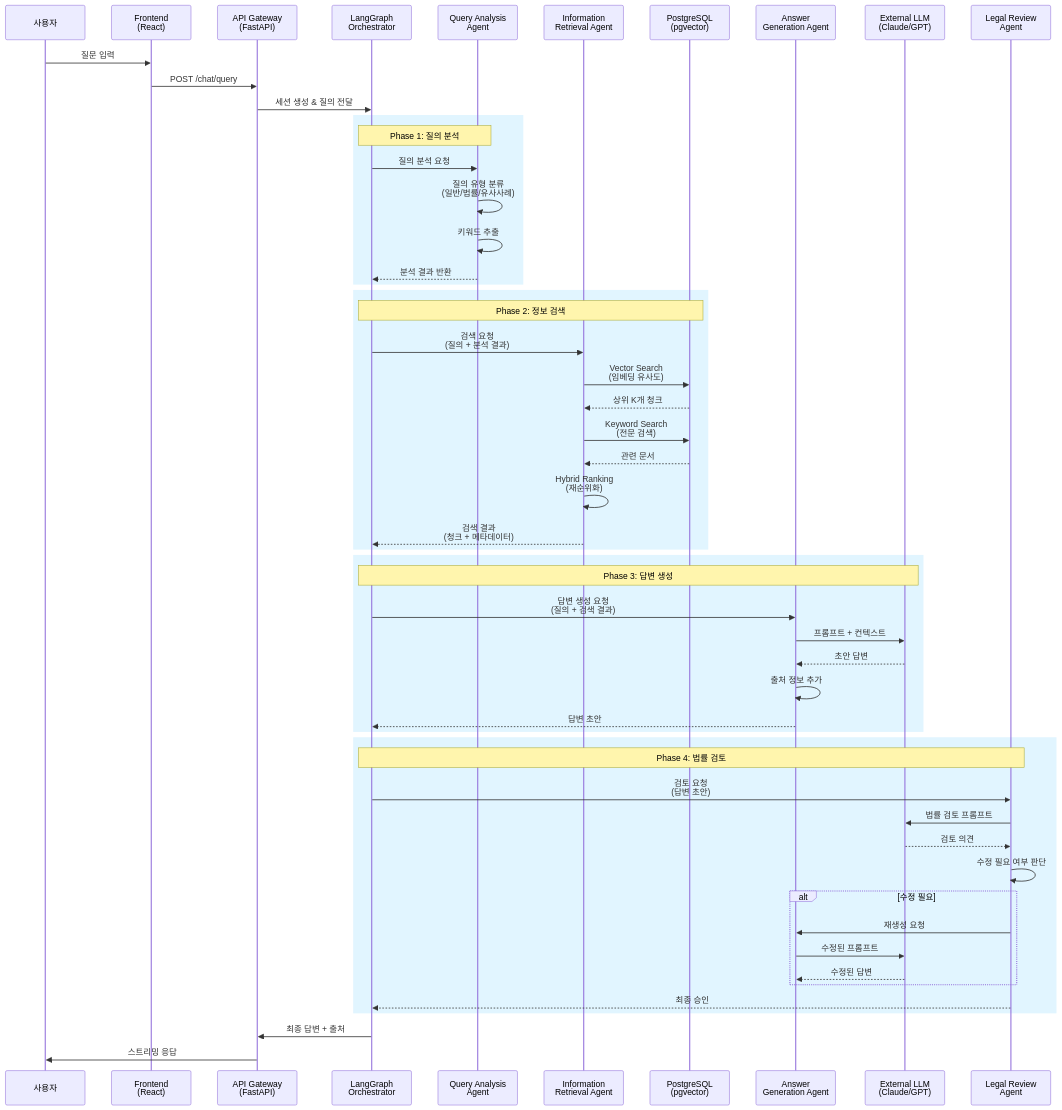
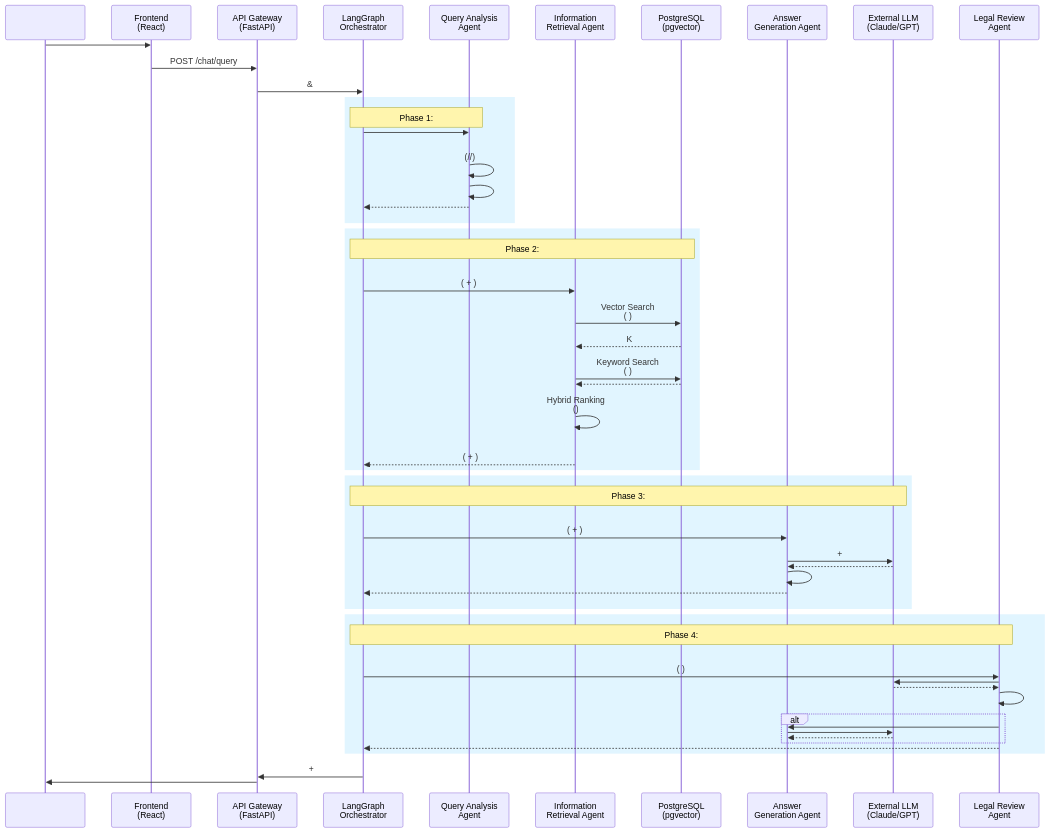
The second of 3 diagrams in README.md (SKN19-FINAL-5team/LLM), drawn with Mermaid before and after one commit. The commit also changed other lines of this file and 183 other files, not shown here.

````diff
--- a/README.md
+++ b/README.md
@@ -92,62 +92,62 @@
 ```mermaid
 sequenceDiagram
-    participant U as 사용자
+    participant U as 
     participant FE as Frontend<br/>(React)
     participant API as API Gateway<br/>(FastAPI)
     participant Orch as LangGraph<br/>Orchestrator
     participant QA as Query Analysis<br/>Agent
     participant IR as Information<br/>Retrieval Agent
     participant DB as PostgreSQL<br/>(pgvector)
     participant AG as Answer<br/>Generation Agent
     participant LLM as External LLM<br/>(Claude/GPT)
     participant LR as Legal Review<br/>Agent
     
-    U->>FE: 질문 입력
+    U->>FE:  
     FE->>API: POST /chat/query
-    API->>Orch: 세션 생성 & 질의 전달
+    API->>Orch:   &  
     
     rect rgb(225, 245, 255)
-        Note over Orch,QA: Phase 1: 질의 분석
-        Orch->>QA: 질의 분석 요청
-        QA->>QA: 질의 유형 분류<br/>(일반/법률/유사사례)
-        QA->>QA: 키워드 추출
-        QA-->>Orch: 분석 결과 반환
+        Note over Orch,QA: Phase 1:  
+        Orch->>QA:   
+        QA->>QA:   <br/>(//)
+        QA->>QA:  
+        QA-->>Orch:   
     end
     
     rect rgb(225, 245, 255)
-        Note over Orch,DB: Phase 2: 정보 검색
-        Orch->>IR: 검색 요청<br/>(질의 + 분석 결과)
-        IR->>DB: Vector Search<br/>(임베딩 유사도)
-        DB-->>IR: 상위 K개 청크
-        IR->>DB: Keyword Search<br/>(전문 검색)
-        DB-->>IR: 관련 문서
-        IR->>IR: Hybrid Ranking<br/>(재순위화)
-        IR-->>Orch: 검색 결과<br/>(청크 + 메타데이터)
+        Note over Orch,DB: Phase 2:  
+        Orch->>IR:  <br/>( +  )
+        IR->>DB: Vector Search<br/>( )
+        DB-->>IR:  K 
+        IR->>DB: Keyword Search<br/>( )
+        DB-->>IR:  
+        IR->>IR: Hybrid Ranking<br/>()
+        IR-->>Orch:  <br/>( + )
     end
     
     rect rgb(225, 245, 255)
-        Note over Orch,LLM: Phase 3: 답변 생성
-        Orch->>AG: 답변 생성 요청<br/>(질의 + 검색 결과)
-        AG->>LLM: 프롬프트 + 컨텍스트
-        LLM-->>AG: 초안 답변
-        AG->>AG: 출처 정보 추가
-        AG-->>Orch: 답변 초안
+        Note over Orch,LLM: Phase 3:  
+        Orch->>AG:   <br/>( +  )
+        AG->>LLM:  + 
+        LLM-->>AG:  
+        AG->>AG:   
+        AG-->>Orch:  
     end
     
     rect rgb(225, 245, 255)
-        Note over Orch,LR: Phase 4: 법률 검토
-        Orch->>LR: 검토 요청<br/>(답변 초안)
-        LR->>LLM: 법률 검토 프롬프트
-        LLM-->>LR: 검토 의견
-        LR->>LR: 수정 필요 여부 판단
-        alt 수정 필요
-            LR->>AG: 재생성 요청
-            AG->>LLM: 수정된 프롬프트
-            LLM-->>AG: 수정된 답변
+        Note over Orch,LR: Phase 4:  
+        Orch->>LR:  <br/>( )
+        LR->>LLM:   
+        LLM-->>LR:  
+        LR->>LR:    
+        alt  
+            LR->>AG:  
+            AG->>LLM:  
+            LLM-->>AG:  
         end
-        LR-->>Orch: 최종 승인
+        LR-->>Orch:  
     end
     
-    Orch->>API: 최종 답변 + 출처
-    API->>U: 스트리밍 응답
+    Orch->>API:   + 
+    API->>U:  
 ```
````
